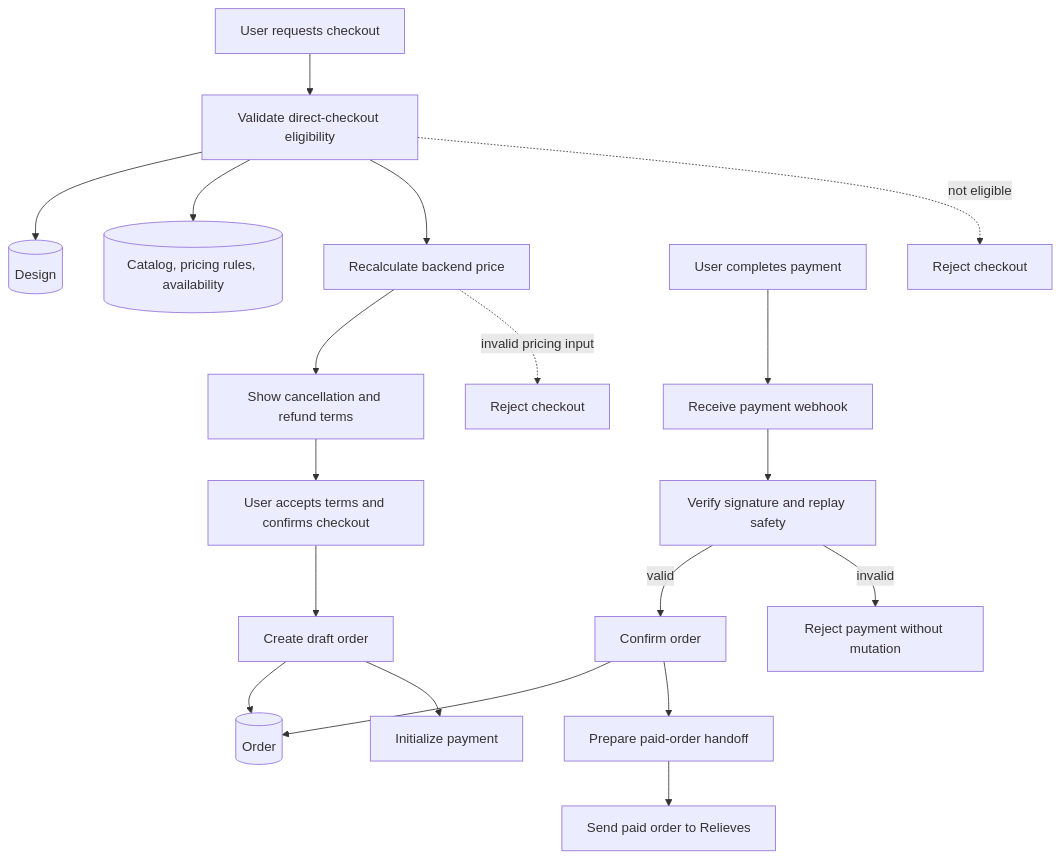
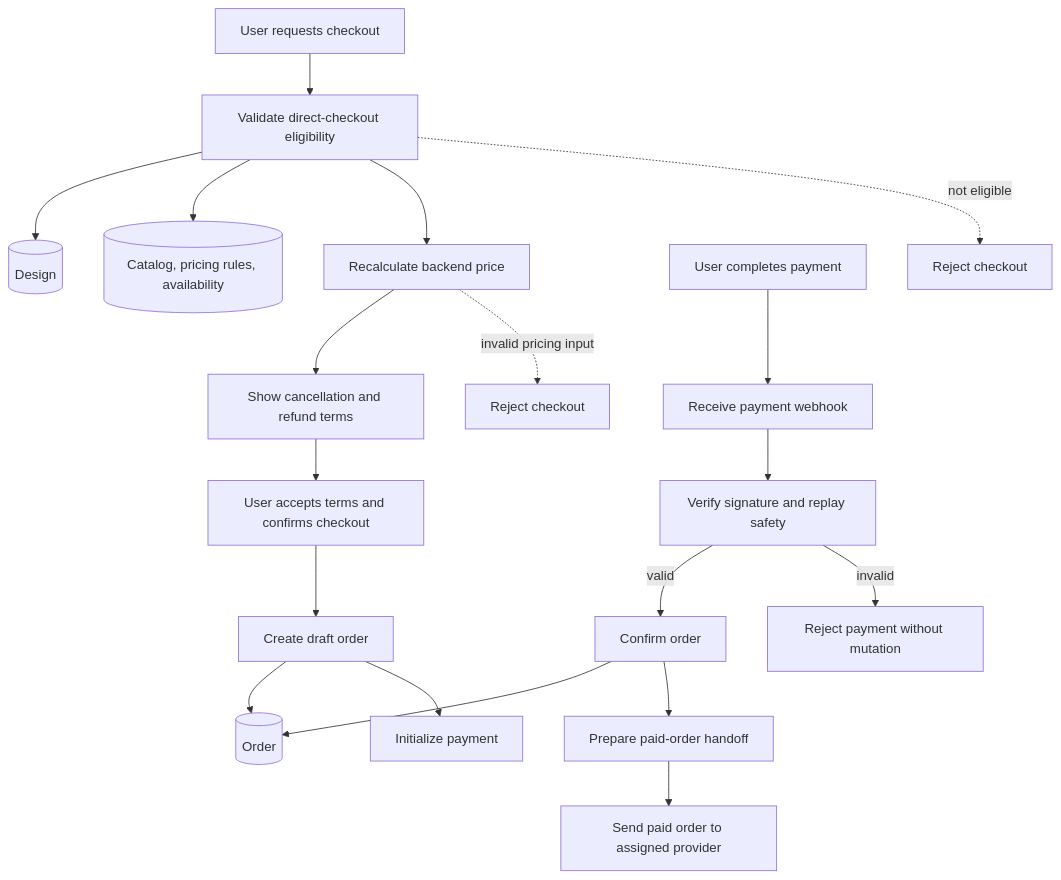
The diagram in docs/flows/checkout-flow.md (jovillal/placamia), drawn with Mermaid before and after one commit. The commit also changed other lines of this file and 24 other files, not shown here.

````diff
--- a/docs/flows/checkout-flow.md
+++ b/docs/flows/checkout-flow.md
@@ -16,30 +16,30 @@
 ```mermaid
 flowchart TD
     U1[User requests checkout] --> B1[Validate direct-checkout eligibility]
 
     B1 --> D1[(Design)]
     B1 --> D2[(Catalog, pricing rules, availability)]
 
     B1 --> B2[Recalculate backend price]
     B2 --> B3[Show cancellation and refund terms]
     B3 --> U2[User accepts terms and confirms checkout]
 
     U2 --> B4[Create draft order]
     B4 --> D3[(Order)]
 
     B4 --> B5[Initialize payment]
 
     U3[User completes payment] --> B6[Receive payment webhook]
 
     B6 --> B7[Verify signature and replay safety]
 
     B7 -->|valid| B8[Confirm order]
     B7 -->|invalid| R1[Reject payment without mutation]
 
     B8 --> D3
     B8 --> B9[Prepare paid-order handoff]
-    B9 --> P1[Send paid order to Relieves]
+    B9 --> P1[Send paid order to assigned provider]
 
     B1 -. not eligible .-> R2[Reject checkout]
     B2 -. invalid pricing input .-> R3[Reject checkout]
 ```
````
